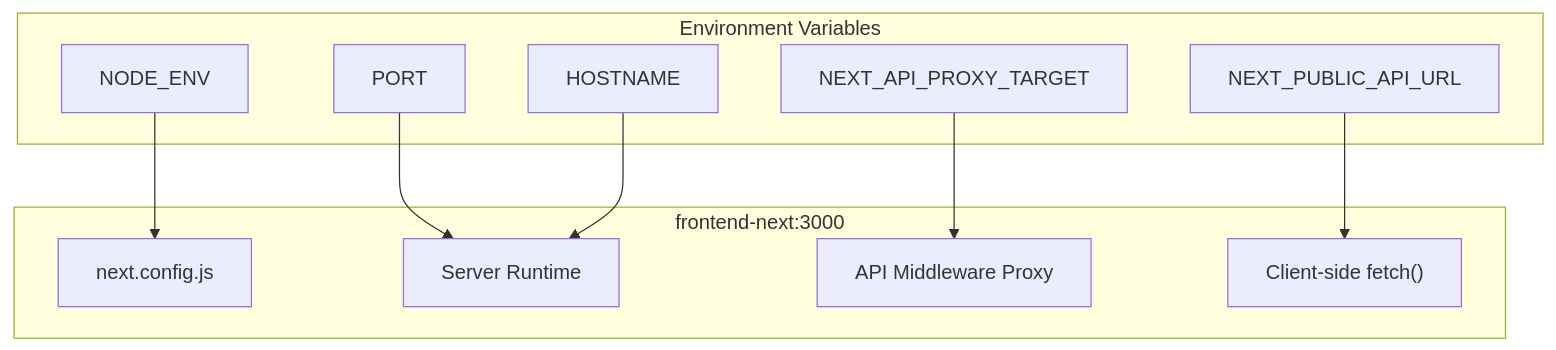
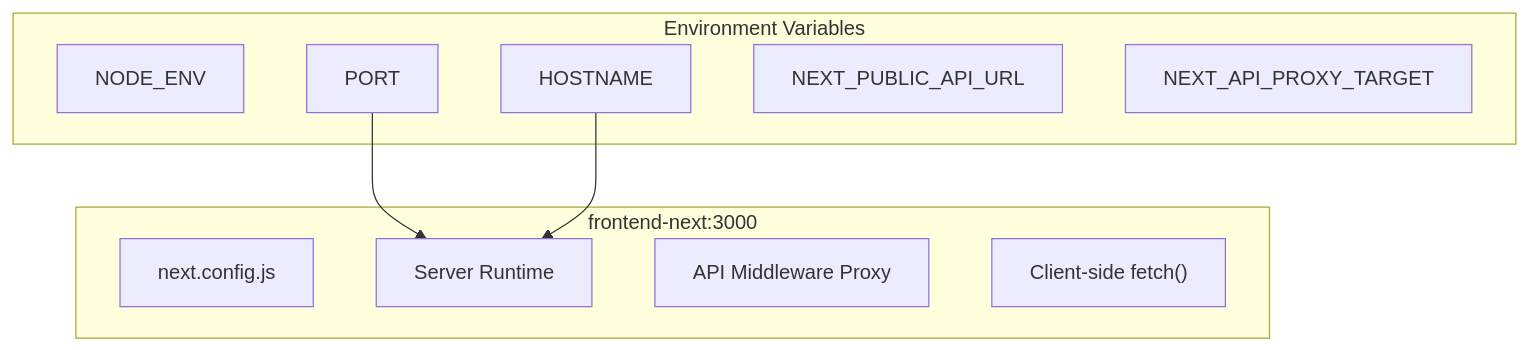
One commit to philipz/spring-modular-monolith changed the fifth of 7 diagrams in docs/deepwiki/Environment-Variables.md. Above: the diagram before and after it, drawn with Mermaid. The commit also changed other lines of this file and 32 other files, not shown here.

````diff
--- a/docs/deepwiki/Environment-Variables.md
+++ b/docs/deepwiki/Environment-Variables.md
@@ -320,34 +309,31 @@
 ```mermaid
 flowchart TD
 
 NODE_ENV["NODE_ENV"]
 PORT["PORT"]
 HOSTNAME["HOSTNAME"]
 PUBLIC_API["NEXT_PUBLIC_API_URL"]
 PROXY_TARGET["NEXT_API_PROXY_TARGET"]
 NextConfig["next.config.js"]
 ServerRuntime["Server Runtime"]
 APIProxy["API Middleware Proxy"]
 ClientFetch["Client-side fetch()"]
 
-NODE_ENV --> NextConfig
 PORT --> ServerRuntime
 HOSTNAME --> ServerRuntime
-PUBLIC_API --> ClientFetch
-PROXY_TARGET --> APIProxy
 
 subgraph frontend-next:3000 ["frontend-next:3000"]
     NextConfig
     ServerRuntime
     APIProxy
     ClientFetch
 end
 
 subgraph subGraph0 ["Environment Variables"]
     NODE_ENV
     PORT
     HOSTNAME
     PUBLIC_API
     PROXY_TARGET
 end
 ```
````
